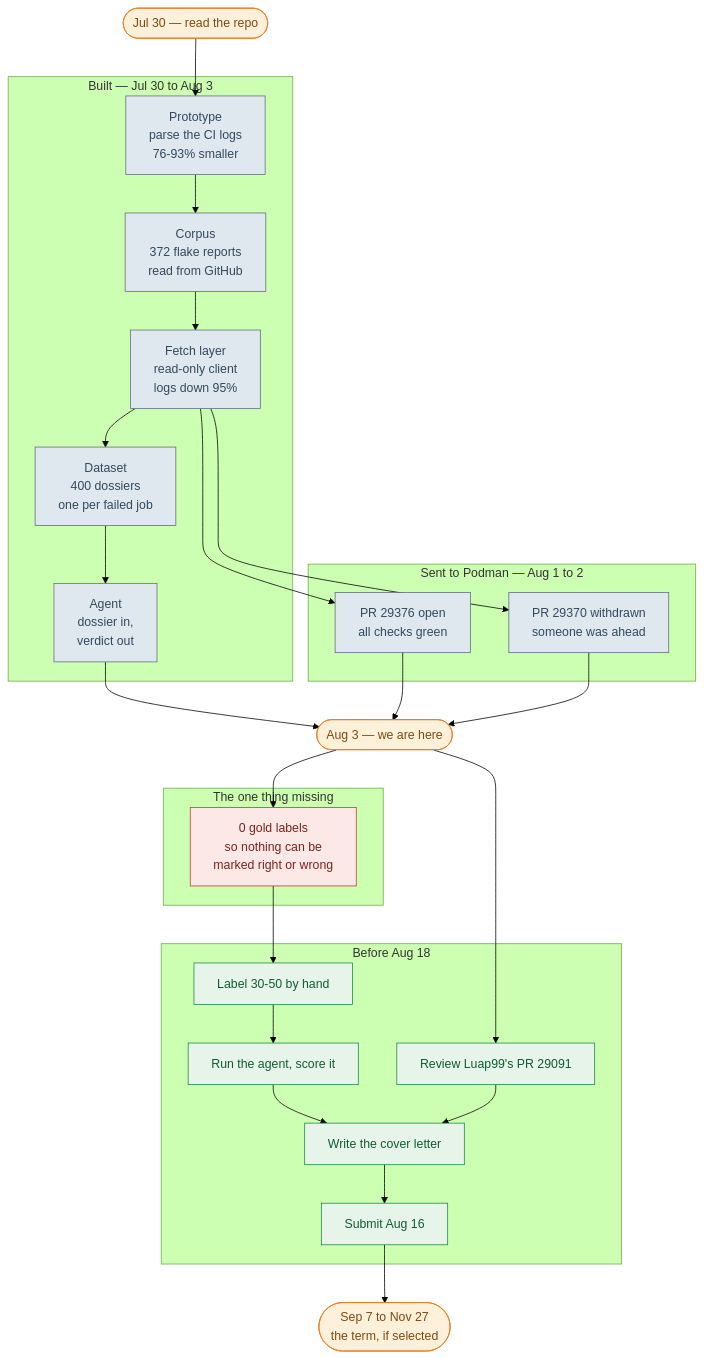
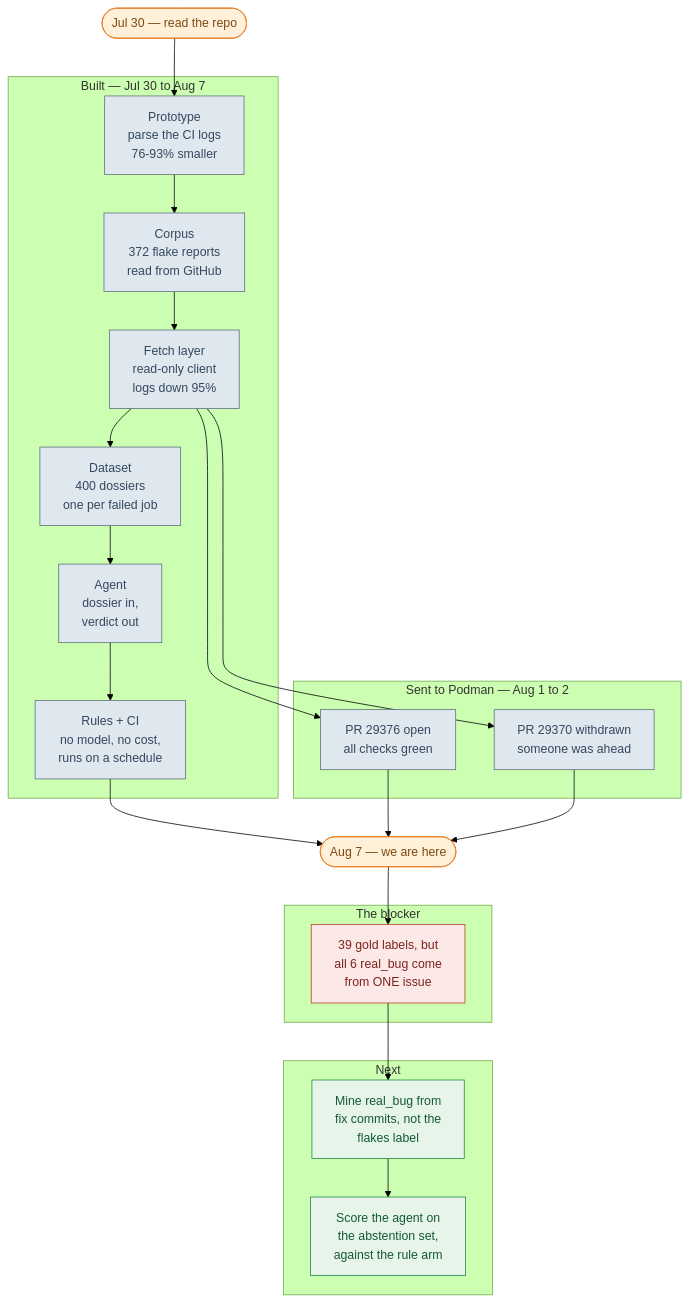
One commit to Somay-kousis/podman-flake-agent changed the first of 3 diagrams in docs/ROADMAP.md. Above: the diagram before and after it, drawn with Mermaid (forest theme). The commit also changed other lines of this file and 8 other files, not shown here.

````diff
--- a/docs/ROADMAP.md
+++ b/docs/ROADMAP.md
@@ -20,53 +19,47 @@
 ```mermaid
 %%{init: {"flowchart": {"curve": "basis"}}}%%
 flowchart TD
     START(["Jul 30 — read the repo"])
 
-    subgraph BUILT["Built — Jul 30 to Aug 3"]
+    subgraph BUILT["Built — Jul 30 to Aug 7"]
         P1["Prototype<br/>parse the CI logs<br/>76-93% smaller"]
         P2["Corpus<br/>372 flake reports<br/>read from GitHub"]
         P3["Fetch layer<br/>read-only client<br/>logs down 95%"]
         P4["Dataset<br/>400 dossiers<br/>one per failed job"]
         P5["Agent<br/>dossier in,<br/>verdict out"]
+        P6["Rules + CI<br/>no model, no cost,<br/>runs on a schedule"]
     end
 
     subgraph UPSTREAM["Sent to Podman — Aug 1 to 2"]
         U1["PR 29376 open<br/>all checks green"]
         U2["PR 29370 withdrawn<br/>someone was ahead"]
     end
 
-    NOW(["Aug 3 — we are here"])
+    NOW(["Aug 7 — we are here"])
 
-    subgraph GAP["The one thing missing"]
-        G1["0 gold labels<br/>so nothing can be<br/>marked right or wrong"]
+    subgraph GAP["The blocker"]
+        G1["39 gold labels, but<br/>all 6 real_bug come<br/>from ONE issue"]
     end
 
-    subgraph TODO["Before Aug 18"]
-        T1["Label 30-50 by hand"]
-        T2["Run the agent, score it"]
-        T3["Review Luap99's PR 29091"]
-        T4["Write the cover letter"]
-        T5["Submit Aug 16"]
+    subgraph TODO["Next"]
+        T1["Mine real_bug from<br/>fix commits, not the<br/>flakes label"]
+        T2["Score the agent on<br/>the abstention set,<br/>against the rule arm"]
     end
 
-    TERM(["Sep 7 to Nov 27<br/>the term, if selected"])
-
-    START --> P1 --> P2 --> P3 --> P4 --> P5 --> NOW
+    START --> P1 --> P2 --> P3 --> P4 --> P5 --> P6 --> NOW
     P3 --> U1
     P3 --> U2
     U1 --> NOW
     U2 --> NOW
-    NOW --> G1 --> T1 --> T2 --> T4
-    NOW --> T3 --> T4
-    T4 --> T5 --> TERM
+    NOW --> G1 --> T1 --> T2
 
     classDef done  fill:#dfe7ef,stroke:#5d6d7e,color:#34495e
     classDef now   fill:#fff0d9,stroke:#e67e22,color:#7e4a11
     classDef block fill:#fde8e8,stroke:#c0392b,color:#7b241c
     classDef next  fill:#e6f4ea,stroke:#1e8449,color:#145a32
 
-    class P1,P2,P3,P4,P5,U1,U2 done
-    class START,NOW,TERM now
+    class P1,P2,P3,P4,P5,P6,U1,U2 done
+    class START,NOW now
     class G1 block
-    class T1,T2,T3,T4,T5 next
+    class T1,T2 next
 ```
````
